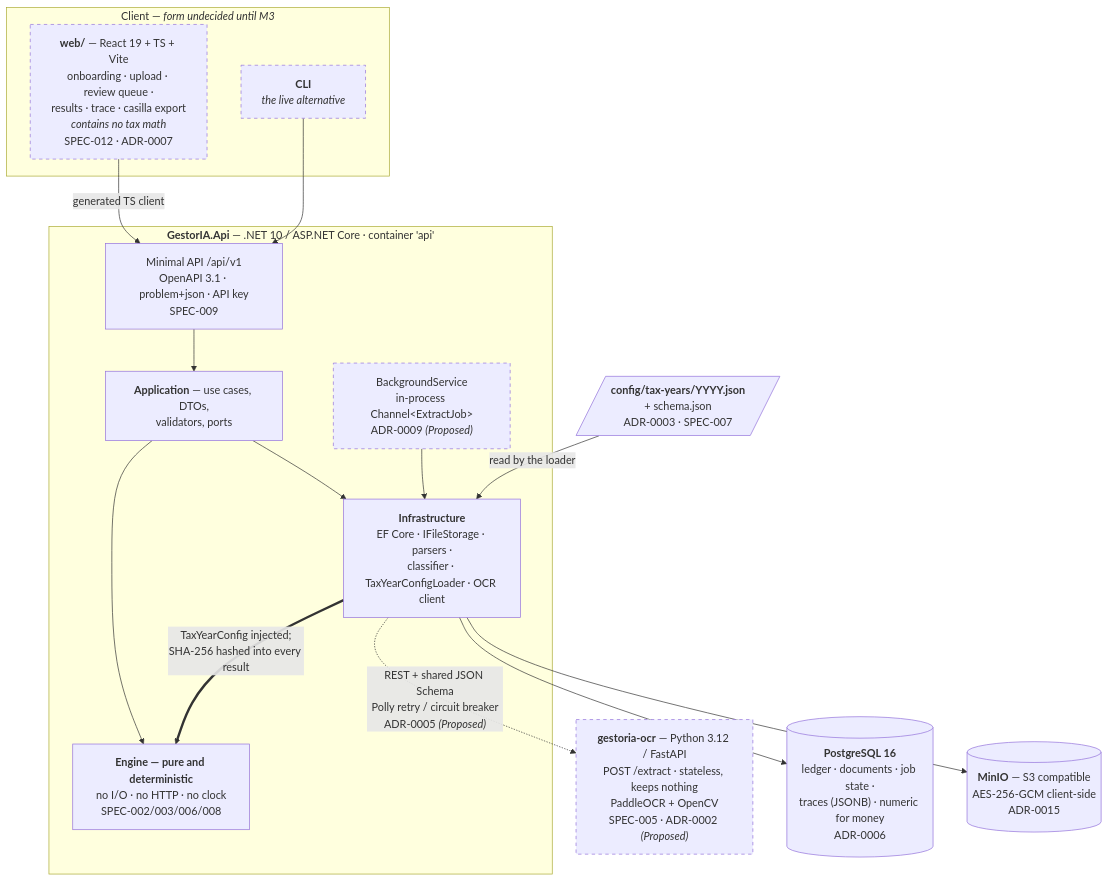
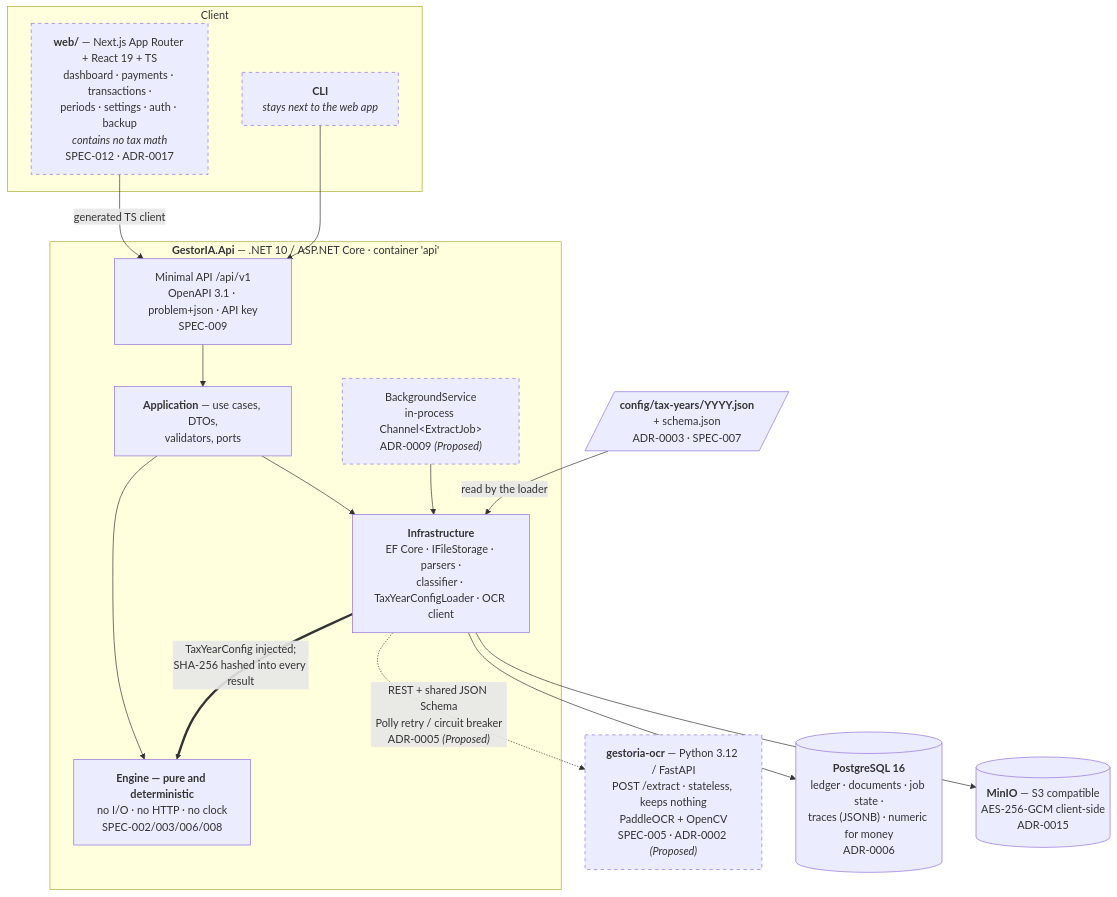
One commit to mykola-blonskyi/gestoria changed the second of 4 diagrams in docs/architecture.md. Above: the diagram before and after it, drawn with Mermaid. The commit also changed other lines of this file and 100 other files, not shown here.

First line of the commit message:
feat(web): Next.js app with lint-enforced layers, five themes and four languages (#65) (#76)

````diff
--- a/docs/architecture.md
+++ b/docs/architecture.md
@@ -65,36 +65,36 @@
 ```mermaid
 flowchart TB
-  subgraph client["Client — <i>form undecided until M3</i>"]
-    SPA["<b>web/</b> — React 19 + TS + Vite<br/>onboarding · upload · review queue ·<br/>results · trace · casilla export<br/><i>contains no tax math</i><br/>SPEC-012 · ADR-0007"]
-    CLI["<b>CLI</b><br/><i>the live alternative</i>"]
+  subgraph client["Client"]
+    SPA["<b>web/</b> — Next.js App Router + React 19 + TS<br/>dashboard · payments · transactions ·<br/>periods · settings · auth · backup<br/><i>contains no tax math</i><br/>SPEC-012 · ADR-0017"]
+    CLI["<b>CLI</b><br/><i>stays next to the web app</i>"]
   end
 
   subgraph api["<b>GestorIA.Api</b> — .NET 10 / ASP.NET Core · container 'api'"]
     EP["Minimal API /api/v1<br/>OpenAPI 3.1 · problem+json · API key<br/>SPEC-009"]
     APP["<b>Application</b> — use cases, DTOs,<br/>validators, ports"]
     ENG["<b>Engine — pure and deterministic</b><br/>no I/O · no HTTP · no clock<br/>SPEC-002/003/006/008"]
     INF["<b>Infrastructure</b><br/>EF Core · IFileStorage · parsers ·<br/>classifier · TaxYearConfigLoader · OCR client"]
     JOB["BackgroundService<br/>in-process Channel&lt;ExtractJob&gt;<br/>ADR-0009 <i>(Proposed)</i>"]
   end
 
   OCR["<b>gestoria-ocr</b> — Python 3.12 / FastAPI<br/>POST /extract · stateless, keeps nothing<br/>PaddleOCR + OpenCV<br/>SPEC-005 · ADR-0002 <i>(Proposed)</i>"]
 
   PG[("<b>PostgreSQL 16</b><br/>ledger · documents · job state ·<br/>traces (JSONB) · numeric for money<br/>ADR-0006")]
   BLOB[("<b>MinIO</b> — S3 compatible<br/>AES-256-GCM client-side<br/>ADR-0015")]
   CFG[/"<b>config/tax-years/YYYY.json</b><br/>+ schema.json<br/>ADR-0003 · SPEC-007"/]
 
   SPA -->|"generated TS client"| EP
   CLI --> EP
   EP --> APP
   APP --> ENG
   APP --> INF
   INF --> PG
   INF --> BLOB
   INF -.->|"REST + shared JSON Schema<br/>Polly retry / circuit breaker<br/>ADR-0005 <i>(Proposed)</i>"| OCR
   JOB --> INF
   CFG -->|"read by the loader"| INF
   INF ==>|"TaxYearConfig injected;<br/>SHA-256 hashed into every result"| ENG
 
   classDef planned stroke-dasharray: 5 5
   class OCR,CLI,SPA,JOB planned
 ```
````
